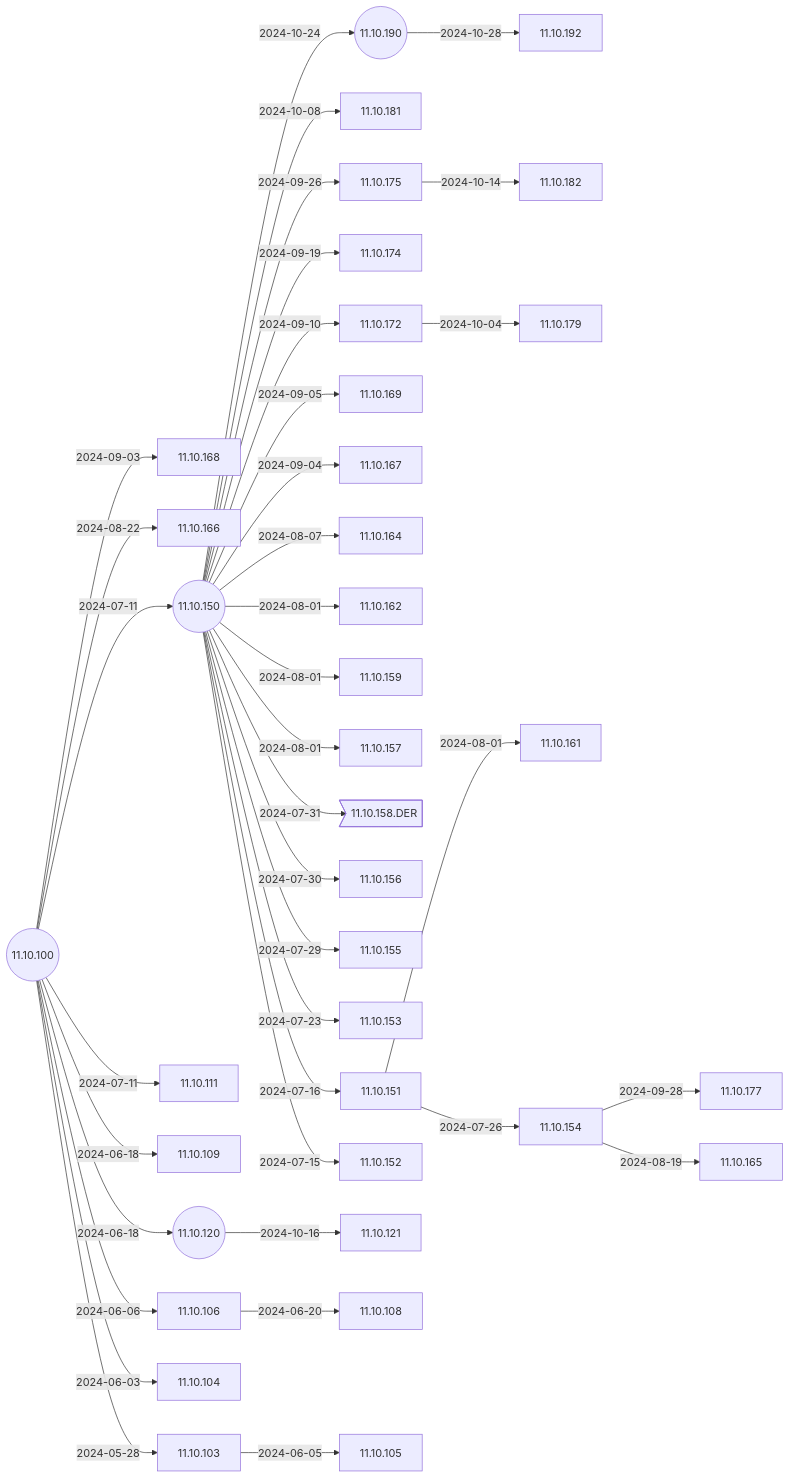
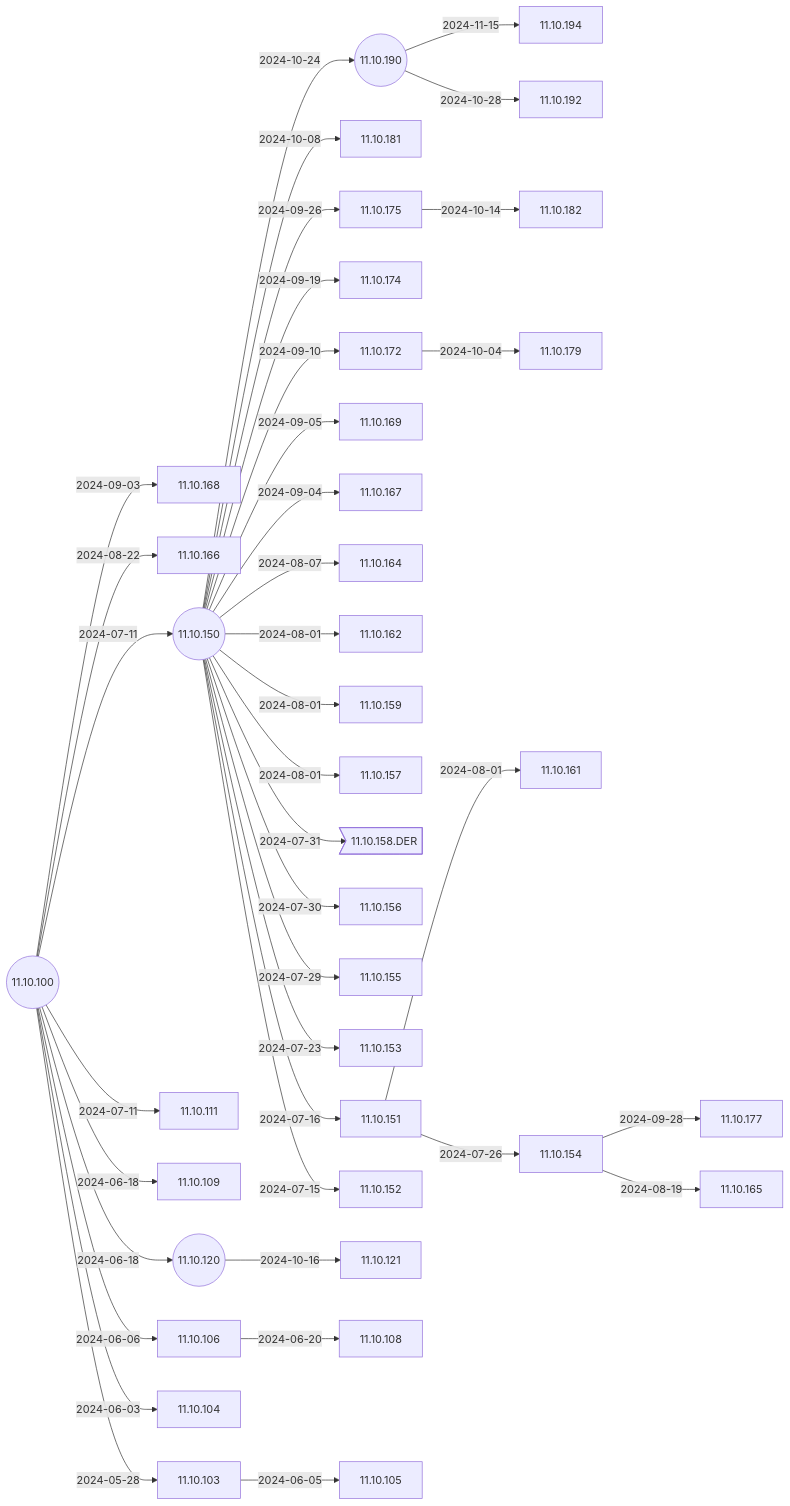
The second of 6 diagrams in docs/Docs/ReleaseNotes/01-OS11/README.md (IGEL-Community/IGEL-Docs-v02), drawn with Mermaid before and after one commit. The commit also changed 2 other files, not shown here.

Commit message:
11.10.194 < 11.10.190 11.10.194 < 11.10.190

````diff
--- a/docs/Docs/ReleaseNotes/01-OS11/README.md
+++ b/docs/Docs/ReleaseNotes/01-OS11/README.md
@@ -41,77 +41,79 @@
 ```mermaid
 flowchart LR
+    11.10.190-- 2024-11-15 -->11.10.194
     11.10.190-- 2024-10-28 -->11.10.192
     11.10.150-- 2024-10-24 -->11.10.190((11.10.190))
     11.10.120-- 2024-10-16 -->11.10.121
     11.10.175-- 2024-10-14 -->11.10.182
     11.10.150-- 2024-10-08 -->11.10.181
     11.10.172-- 2024-10-04 -->11.10.179
     11.10.154-- 2024-09-28 -->11.10.177
     11.10.150-- 2024-09-26 -->11.10.175
     11.10.150-- 2024-09-19 -->11.10.174
     11.10.150-- 2024-09-10 -->11.10.172
     11.10.150-- 2024-09-05 -->11.10.169
     11.10.150-- 2024-09-04 -->11.10.167
     11.10.100-- 2024-09-03 -->11.10.168
     11.10.100-- 2024-08-22 -->11.10.166
     11.10.154-- 2024-08-19 -->11.10.165
     11.10.150-- 2024-08-07 -->11.10.164
     11.10.150-- 2024-08-01 -->11.10.162
     11.10.151-- 2024-08-01 -->11.10.161
     11.10.150-- 2024-08-01 -->11.10.159
     11.10.150-- 2024-08-01 -->11.10.157
     11.10.150-- 2024-07-31 -->11.10.158.DER>11.10.158.DER]
     11.10.150-- 2024-07-30 -->11.10.156
     11.10.150-- 2024-07-29 -->11.10.155
     11.10.151-- 2024-07-26 -->11.10.154
     11.10.150-- 2024-07-23 -->11.10.153
     11.10.150-- 2024-07-16 -->11.10.151
     11.10.150-- 2024-07-15 -->11.10.152
     11.10.100-- 2024-07-11 -->11.10.150((11.10.150))
     11.10.100-- 2024-07-11 -->11.10.111
     11.10.106-- 2024-06-20 -->11.10.108
     11.10.100-- 2024-06-18 -->11.10.109
     11.10.100-- 2024-06-18 -->11.10.120((11.10.120))
     11.10.100-- 2024-06-06 -->11.10.106
     11.10.103-- 2024-06-05 -->11.10.105
     11.10.100-- 2024-06-03 -->11.10.104
     11.10.100-- 2024-05-28 -->11.10.103
     11.10.100((11.10.100))
+    click 11.10.194 "https://github.com/IGEL-Community/IGEL-Docs-v02/tree/main/docs/Docs/ReleaseNotes/01-OS11/readme11.10.194.txt" _blank
     click 11.10.192 "https://github.com/IGEL-Community/IGEL-Docs-v02/tree/main/docs/Docs/ReleaseNotes/01-OS11/readme11.10.192.txt" _blank
     click 11.10.190 "https://github.com/IGEL-Community/IGEL-Docs-v02/tree/main/docs/Docs/ReleaseNotes/01-OS11/readme11.10.190.txt" _blank
     click 11.10.121 "https://github.com/IGEL-Community/IGEL-Docs-v02/tree/main/docs/Docs/ReleaseNotes/01-OS11/readme11.10.121.txt" _blank
     click 11.10.182 "https://github.com/IGEL-Community/IGEL-Docs-v02/tree/main/docs/Docs/ReleaseNotes/01-OS11/readme11.10.182.txt" _blank
     click 11.10.181 "https://github.com/IGEL-Community/IGEL-Docs-v02/tree/main/docs/Docs/ReleaseNotes/01-OS11/readme11.10.181.txt" _blank
     click 11.10.179 "https://github.com/IGEL-Community/IGEL-Docs-v02/tree/main/docs/Docs/ReleaseNotes/01-OS11/readme11.10.179.txt" _blank
     click 11.10.177 "https://github.com/IGEL-Community/IGEL-Docs-v02/tree/main/docs/Docs/ReleaseNotes/01-OS11/readme11.10.177.txt" _blank
     click 11.10.175 "https://github.com/IGEL-Community/IGEL-Docs-v02/tree/main/docs/Docs/ReleaseNotes/01-OS11/readme11.10.175.txt" _blank
     click 11.10.174 "https://github.com/IGEL-Community/IGEL-Docs-v02/tree/main/docs/Docs/ReleaseNotes/01-OS11/readme11.10.174.txt" _blank
     click 11.10.172 "https://github.com/IGEL-Community/IGEL-Docs-v02/tree/main/docs/Docs/ReleaseNotes/01-OS11/readme11.10.172.txt" _blank
     click 11.10.169 "https://github.com/IGEL-Community/IGEL-Docs-v02/tree/main/docs/Docs/ReleaseNotes/01-OS11/readme11.10.169.txt" _blank
     click 11.10.167 "https://github.com/IGEL-Community/IGEL-Docs-v02/tree/main/docs/Docs/ReleaseNotes/01-OS11/readme11.10.167.txt" _blank
     click 11.10.168 "https://github.com/IGEL-Community/IGEL-Docs-v02/tree/main/docs/Docs/ReleaseNotes/01-OS11/readme11.10.168.txt" _blank
     click 11.10.166 "https://github.com/IGEL-Community/IGEL-Docs-v02/tree/main/docs/Docs/ReleaseNotes/01-OS11/readme11.10.166.txt" _blank
     click 11.10.165 "https://github.com/IGEL-Community/IGEL-Docs-v02/tree/main/docs/Docs/ReleaseNotes/01-OS11/readme11.10.165.txt" _blank
     click 11.10.164 "https://github.com/IGEL-Community/IGEL-Docs-v02/tree/main/docs/Docs/ReleaseNotes/01-OS11/readme11.10.164.txt" _blank
     click 11.10.162 "https://github.com/IGEL-Community/IGEL-Docs-v02/tree/main/docs/Docs/ReleaseNotes/01-OS11/readme11.10.162.txt" _blank
     click 11.10.161 "https://github.com/IGEL-Community/IGEL-Docs-v02/tree/main/docs/Docs/ReleaseNotes/01-OS11/readme11.10.161.txt" _blank
     click 11.10.159 "https://github.com/IGEL-Community/IGEL-Docs-v02/tree/main/docs/Docs/ReleaseNotes/01-OS11/readme11.10.159.txt" _blank
     click 11.10.157 "https://github.com/IGEL-Community/IGEL-Docs-v02/tree/main/docs/Docs/ReleaseNotes/01-OS11/readme11.10.157.txt" _blank
     click 11.10.158.DER "https://github.com/IGEL-Community/IGEL-Docs-v02/tree/main/docs/Docs/ReleaseNotes/01-OS11/readme11.10.158.DER.txt" _blank
     click 11.10.156 "https://github.com/IGEL-Community/IGEL-Docs-v02/tree/main/docs/Docs/ReleaseNotes/01-OS11/readme11.10.156.txt" _blank
     click 11.10.155 "https://github.com/IGEL-Community/IGEL-Docs-v02/tree/main/docs/Docs/ReleaseNotes/01-OS11/readme11.10.155.txt" _blank
     click 11.10.154 "https://github.com/IGEL-Community/IGEL-Docs-v02/tree/main/docs/Docs/ReleaseNotes/01-OS11/readme11.10.154.txt" _blank
     click 11.10.153 "https://github.com/IGEL-Community/IGEL-Docs-v02/tree/main/docs/Docs/ReleaseNotes/01-OS11/readme11.10.153.txt" _blank
     click 11.10.151 "https://github.com/IGEL-Community/IGEL-Docs-v02/tree/main/docs/Docs/ReleaseNotes/01-OS11/readme11.10.151.txt" _blank
     click 11.10.152 "https://github.com/IGEL-Community/IGEL-Docs-v02/tree/main/docs/Docs/ReleaseNotes/01-OS11/readme11.10.152.txt" _blank
     click 11.10.111 "https://github.com/IGEL-Community/IGEL-Docs-v02/tree/main/docs/Docs/ReleaseNotes/01-OS11/readme11.10.111.txt" _blank
     click 11.10.150 "https://github.com/IGEL-Community/IGEL-Docs-v02/tree/main/docs/Docs/ReleaseNotes/01-OS11/readme11.10.150.txt" _blank
     click 11.10.108 "https://github.com/IGEL-Community/IGEL-Docs-v02/tree/main/docs/Docs/ReleaseNotes/01-OS11/readme11.10.108.txt" _blank
     click 11.10.109 "https://github.com/IGEL-Community/IGEL-Docs-v02/tree/main/docs/Docs/ReleaseNotes/01-OS11/readme11.10.109.txt" _blank
     click 11.10.120 "https://github.com/IGEL-Community/IGEL-Docs-v02/tree/main/docs/Docs/ReleaseNotes/01-OS11/readme11.10.120.txt" _blank
     click 11.10.106 "https://github.com/IGEL-Community/IGEL-Docs-v02/tree/main/docs/Docs/ReleaseNotes/01-OS11/readme11.10.106.txt" _blank
     click 11.10.105 "https://github.com/IGEL-Community/IGEL-Docs-v02/tree/main/docs/Docs/ReleaseNotes/01-OS11/readme11.10.105.txt" _blank
     click 11.10.104 "https://github.com/IGEL-Community/IGEL-Docs-v02/tree/main/docs/Docs/ReleaseNotes/01-OS11/readme11.10.104.txt" _blank
     click 11.10.103 "https://github.com/IGEL-Community/IGEL-Docs-v02/tree/main/docs/Docs/ReleaseNotes/01-OS11/readme11.10.103.txt" _blank
     click 11.10.100 "https://github.com/IGEL-Community/IGEL-Docs-v02/tree/main/docs/Docs/ReleaseNotes/01-OS11/readme11.10.100.txt" _blank
 ```
````
